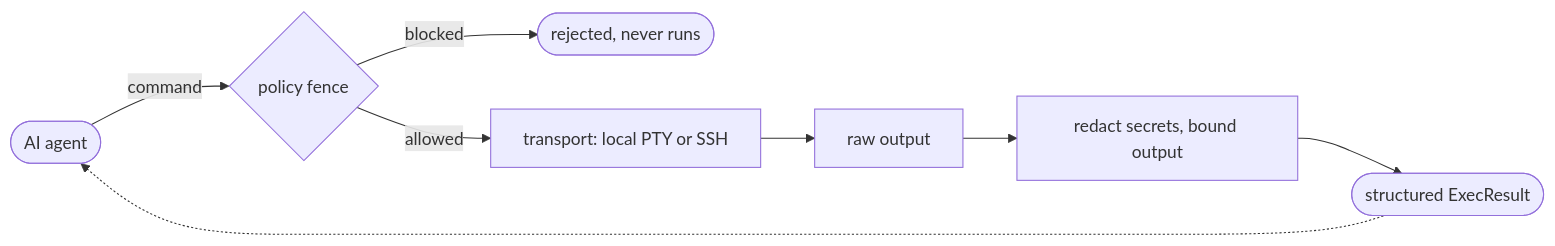
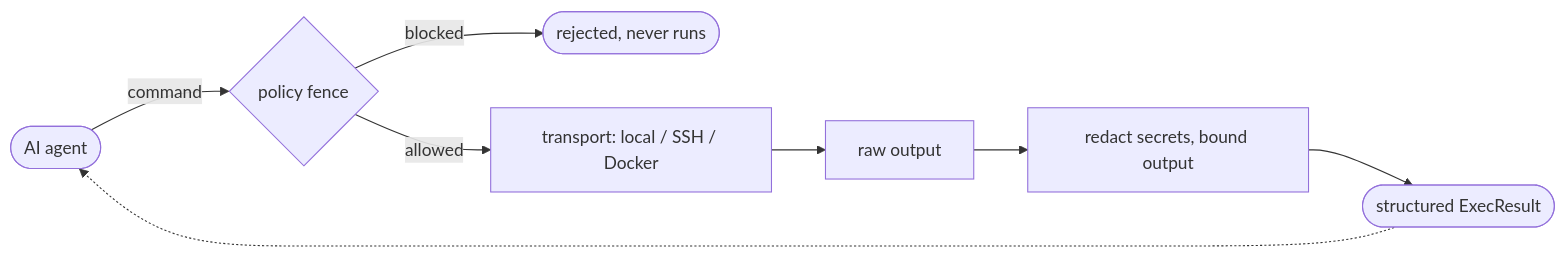
One commit to blinkingbit-oss/execkit changed the diagram in README.md. Above: the diagram before and after it, drawn with Mermaid. The commit also changed other lines of this file and 7 other files, not shown here.

First line of the commit message:
feat: Docker transport (Session::docker + MCP transport=docker)

````diff
--- a/README.md
+++ b/README.md
@@ -33,10 +33,10 @@
 ```mermaid
 flowchart LR
     A([AI agent]) -->|command| F{policy fence}
     F -->|blocked| X([rejected, never runs])
-    F -->|allowed| T[transport: local PTY or SSH]
+    F -->|allowed| T[transport: local / SSH / Docker]
     T --> O[raw output]
     O --> R[redact secrets, bound output]
     R --> E([structured ExecResult])
     E -.-> A
 ```
````
